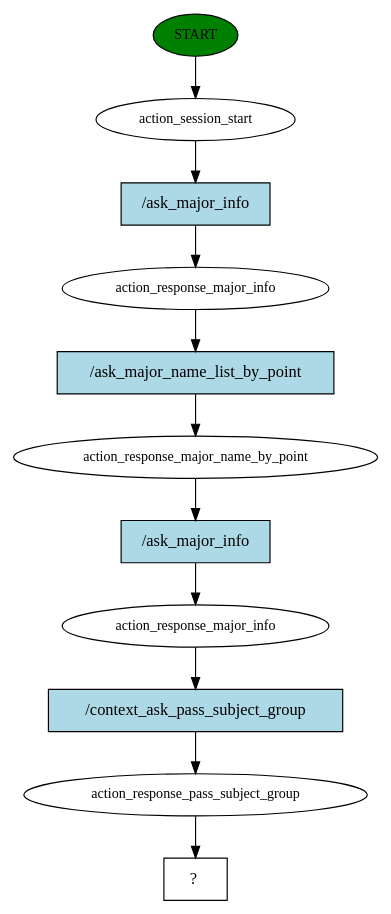
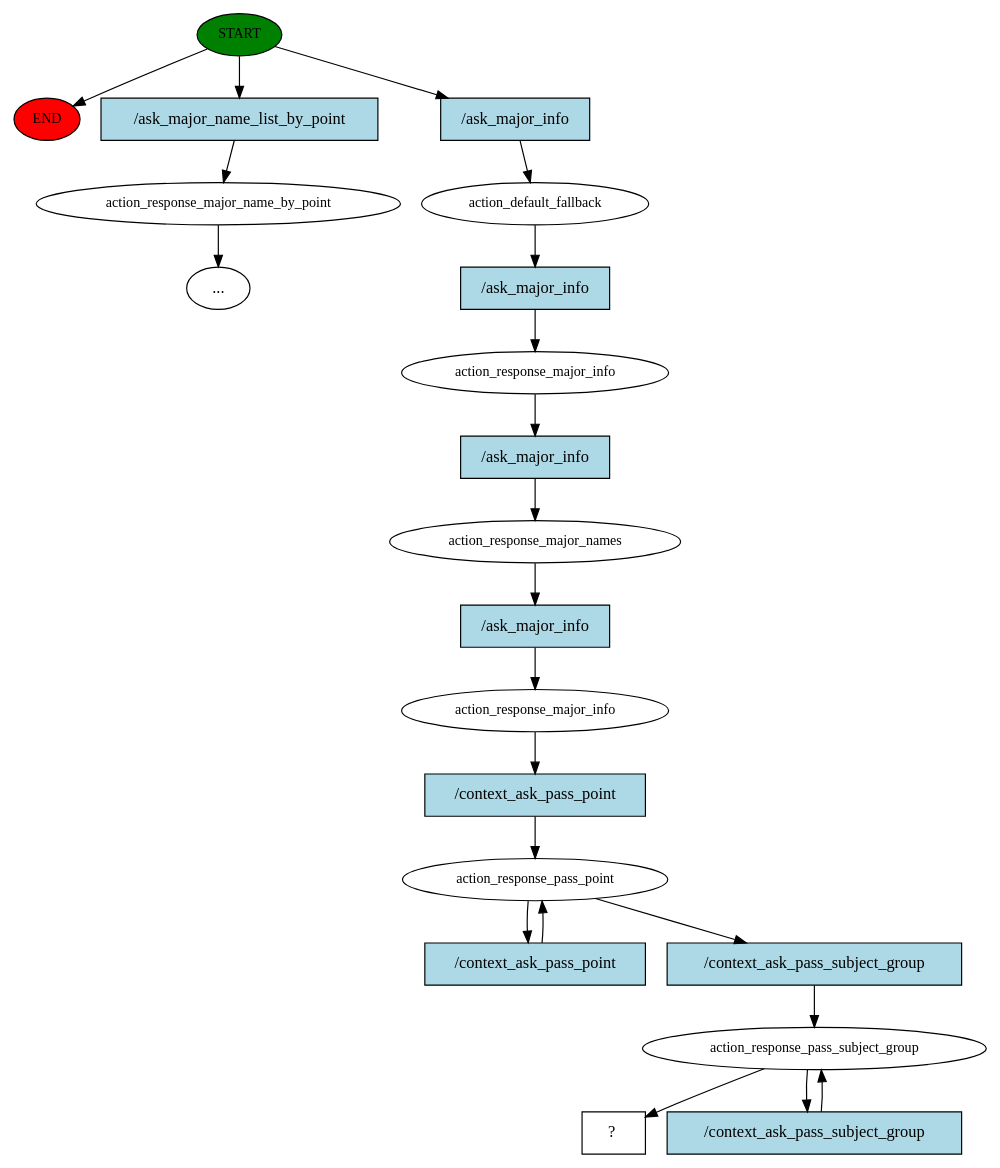
The diagram in story_graph.dot (Jester6136/Edubot), drawn with Graphviz before and after one commit. The commit also changed 1 other file, not shown here.

```diff
--- a/story_graph.dot
+++ b/story_graph.dot
@@ -1,23 +1,43 @@
 digraph  {
 0 [class="start active", fillcolor=green, fontsize=12, label=START, style=filled];
-1 [class=active, fontsize=12, label=action_session_start];
-2 [class=active, fontsize=12, label=action_response_major_info];
-3 [class=active, fontsize=12, label=action_response_major_name_by_point];
-4 [class=active, fontsize=12, label=action_response_major_info];
-5 [class=active, fontsize=12, label=action_response_pass_subject_group];
-6 [class="intent dashed active", label="  ?  ", shape=rect];
-7 [class="intent active", fillcolor=lightblue, label="/ask_major_info", shape=rect, style=filled];
-8 [class="intent active", fillcolor=lightblue, label="/ask_major_name_list_by_point", shape=rect, style=filled];
-9 [class="intent active", fillcolor=lightblue, label="/ask_major_info", shape=rect, style=filled];
-10 [class="intent active", fillcolor=lightblue, label="/context_ask_pass_subject_group", shape=rect, style=filled];
-0 -> 1  [class=active, key=NONE, label=""];
-1 -> 7  [class=active, key=0];
-2 -> 8  [class=active, key=0];
-3 -> 9  [class=active, key=0];
-4 -> 10  [class=active, key=0];
-5 -> 6  [class=active, key=NONE, label=""];
-7 -> 2  [class=active, key=0];
-8 -> 3  [class=active, key=0];
-9 -> 4  [class=active, key=0];
-10 -> 5  [class=active, key=0];
+"-1" [class=end, fillcolor=red, fontsize=12, label=END, style=filled];
+1 [class="", fontsize=12, label=action_response_major_name_by_point];
+"-3" [class=ellipsis, label="..."];
+2 [class=active, fontsize=12, label=action_default_fallback];
+3 [class=active, fontsize=12, label=action_response_major_info];
+4 [class=active, fontsize=12, label=action_response_major_names];
+5 [class=active, fontsize=12, label=action_response_major_info];
+6 [class=active, fontsize=12, label=action_response_pass_point];
+10 [class=active, fontsize=12, label=action_response_pass_subject_group];
+14 [class="intent dashed active", label="  ?  ", shape=rect];
+15 [class=intent, fillcolor=lightblue, label="/ask_major_name_list_by_point", shape=rect, style=filled];
+16 [class="intent active", fillcolor=lightblue, label="/ask_major_info", shape=rect, style=filled];
+17 [class="intent active", fillcolor=lightblue, label="/ask_major_info", shape=rect, style=filled];
+18 [class="intent active", fillcolor=lightblue, label="/ask_major_info", shape=rect, style=filled];
+19 [class="intent active", fillcolor=lightblue, label="/ask_major_info", shape=rect, style=filled];
+20 [class="intent active", fillcolor=lightblue, label="/context_ask_pass_point", shape=rect, style=filled];
+21 [class="intent active", fillcolor=lightblue, label="/context_ask_pass_point", shape=rect, style=filled];
+22 [class="intent active", fillcolor=lightblue, label="/context_ask_pass_subject_group", shape=rect, style=filled];
+23 [class="intent active", fillcolor=lightblue, label="/context_ask_pass_subject_group", shape=rect, style=filled];
+0 -> "-1"  [class="", key=NONE, label=""];
+0 -> 15  [class="", key=0];
+0 -> 16  [class=active, key=0];
+1 -> "-3"  [class="", key=NONE, label=""];
+2 -> 17  [class=active, key=0];
+3 -> 18  [class=active, key=0];
+4 -> 19  [class=active, key=0];
+5 -> 20  [class=active, key=0];
+6 -> 21  [class=active, key=0];
+6 -> 22  [class=active, key=0];
+10 -> 14  [class=active, key=NONE, label=""];
+10 -> 23  [class=active, key=0];
+15 -> 1  [class="", key=0];
+16 -> 2  [class=active, key=0];
+17 -> 3  [class=active, key=0];
+18 -> 4  [class=active, key=0];
+19 -> 5  [class=active, key=0];
+20 -> 6  [class=active, key=0];
+21 -> 6  [class=active, key=0];
+22 -> 10  [class=active, key=0];
+23 -> 10  [class=active, key=0];
 }
```
